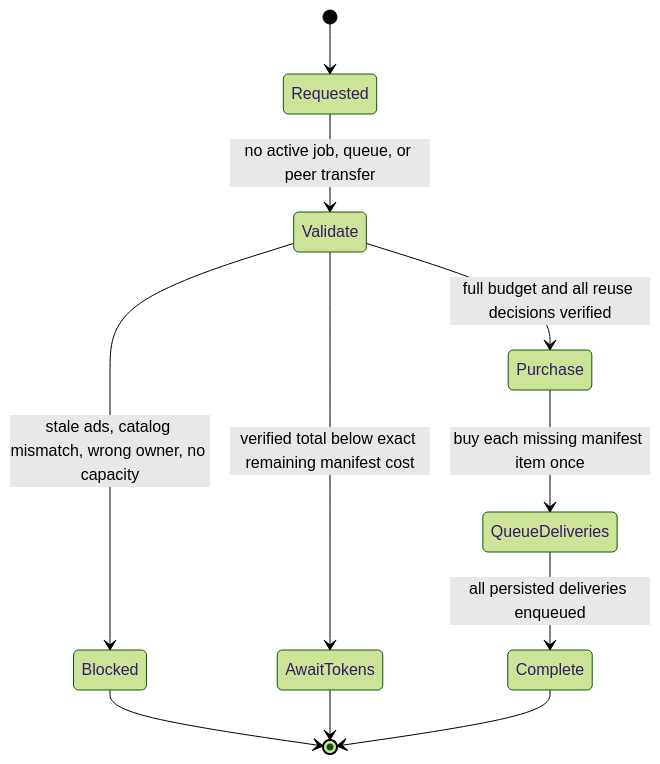
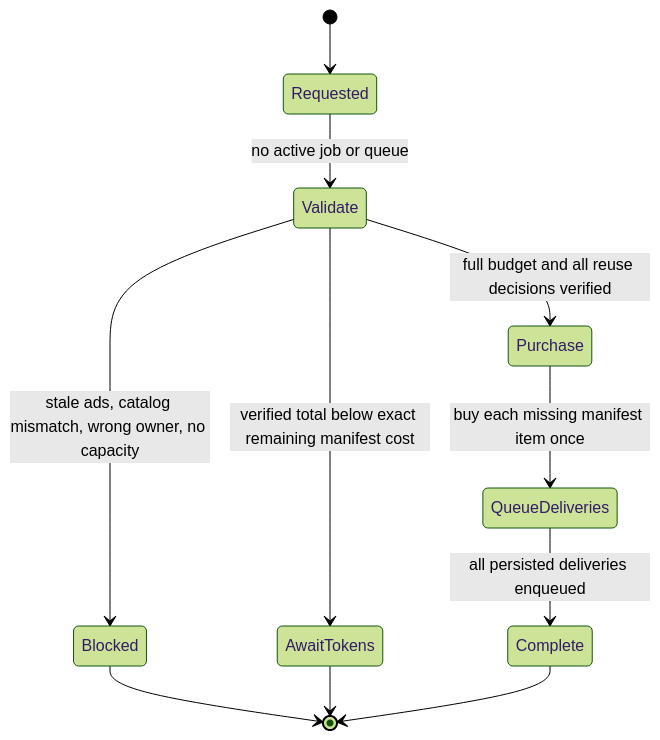
One commit to lizizatt/scratch changed the fourth of 8 diagrams in adventureland/MERCHANT_PLAN.md. Above: the diagram before and after it, drawn with Mermaid (forest theme). The commit also changed other lines of this file and 9 other files, not shown here.

````diff
--- a/adventureland/MERCHANT_PLAN.md
+++ b/adventureland/MERCHANT_PLAN.md
@@ -279,13 +274,13 @@
 ```mermaid
 stateDiagram-v2
     [*] --> Requested
-    Requested --> Validate: no active job, queue, or peer transfer
+    Requested --> Validate: no active job or queue
     Validate --> Blocked: stale ads, catalog mismatch, wrong owner, no capacity
     Validate --> AwaitTokens: verified total below exact remaining manifest cost
     Validate --> Purchase: full budget and all reuse decisions verified
     Purchase --> QueueDeliveries: buy each missing manifest item once
     QueueDeliveries --> Complete: all persisted deliveries enqueued
     Blocked --> [*]
     AwaitTokens --> [*]
     Complete --> [*]
 ```
````
